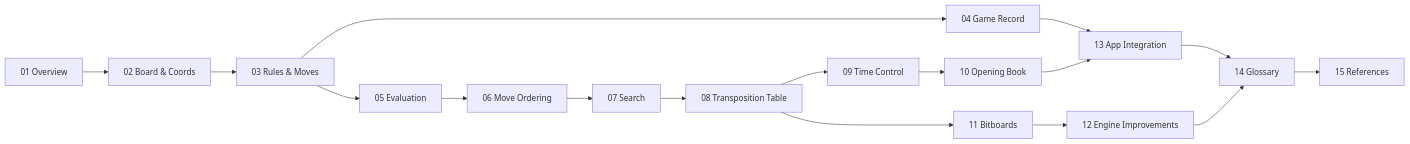
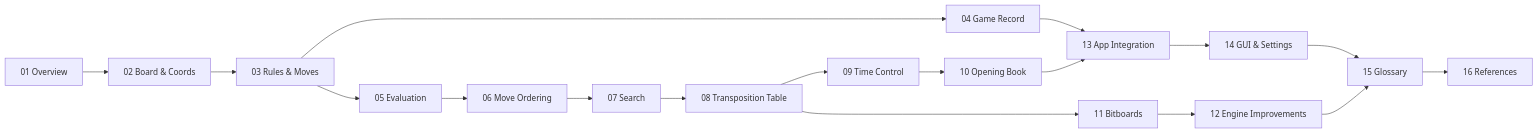
Before and after one commit to cjp-dev/Checkers: the second of 2 diagrams in docs/brain/README.md, drawn with Mermaid. The commit also changed other lines of this file and 19 other files, not shown here.

````diff
--- a/docs/brain/README.md
+++ b/docs/brain/README.md
@@ -75,19 +76,20 @@
 ```mermaid
 flowchart LR
     C01["01 Overview"] --> C02["02 Board &amp; Coords"]
     C02 --> C03["03 Rules &amp; Moves"]
     C03 --> C04["04 Game Record"]
     C03 --> C05["05 Evaluation"]
     C05 --> C06["06 Move Ordering"]
     C06 --> C07["07 Search"]
     C07 --> C08["08 Transposition Table"]
     C08 --> C09["09 Time Control"]
     C09 --> C10["10 Opening Book"]
     C08 --> C11["11 Bitboards"]
     C11 --> C12["12 Engine Improvements"]
     C04 --> C13["13 App Integration"]
     C10 --> C13
-    C12 --> C14["14 Glossary"]
-    C13 --> C14
-    C14 --> C15["15 References"]
+    C13 --> C14["14 GUI &amp; Settings"]
+    C12 --> C15["15 Glossary"]
+    C14 --> C15
+    C15 --> C16["16 References"]
 ```
````
